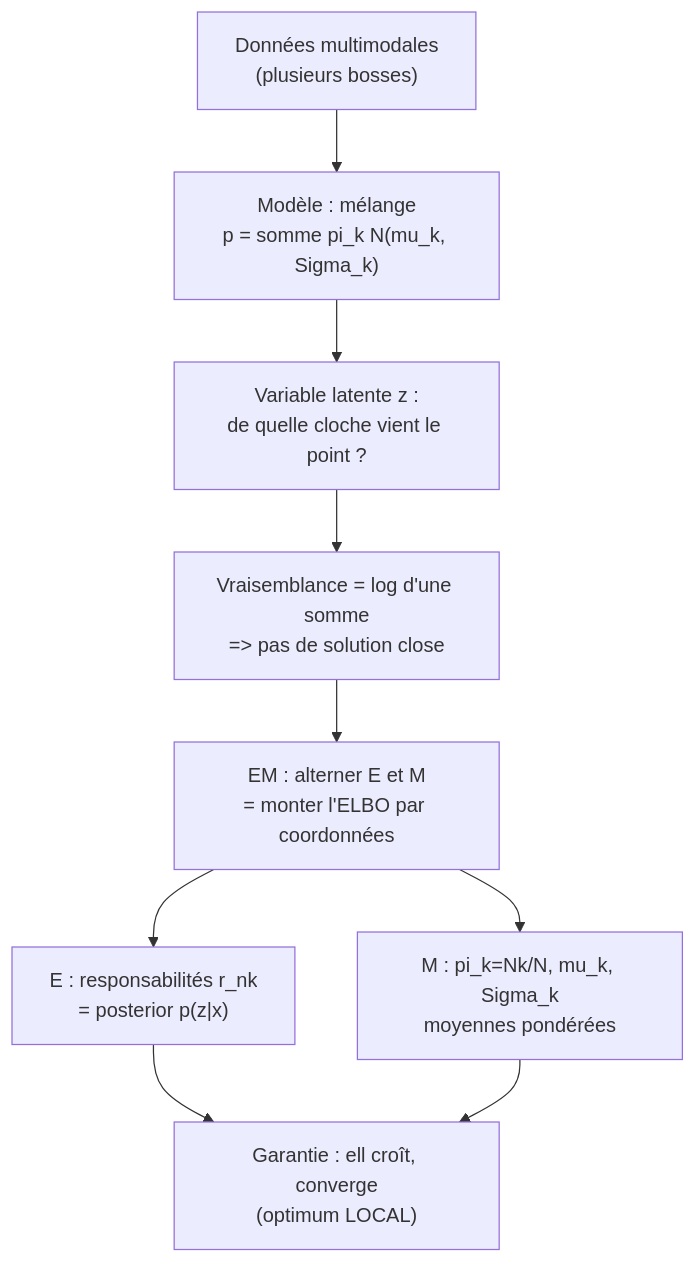
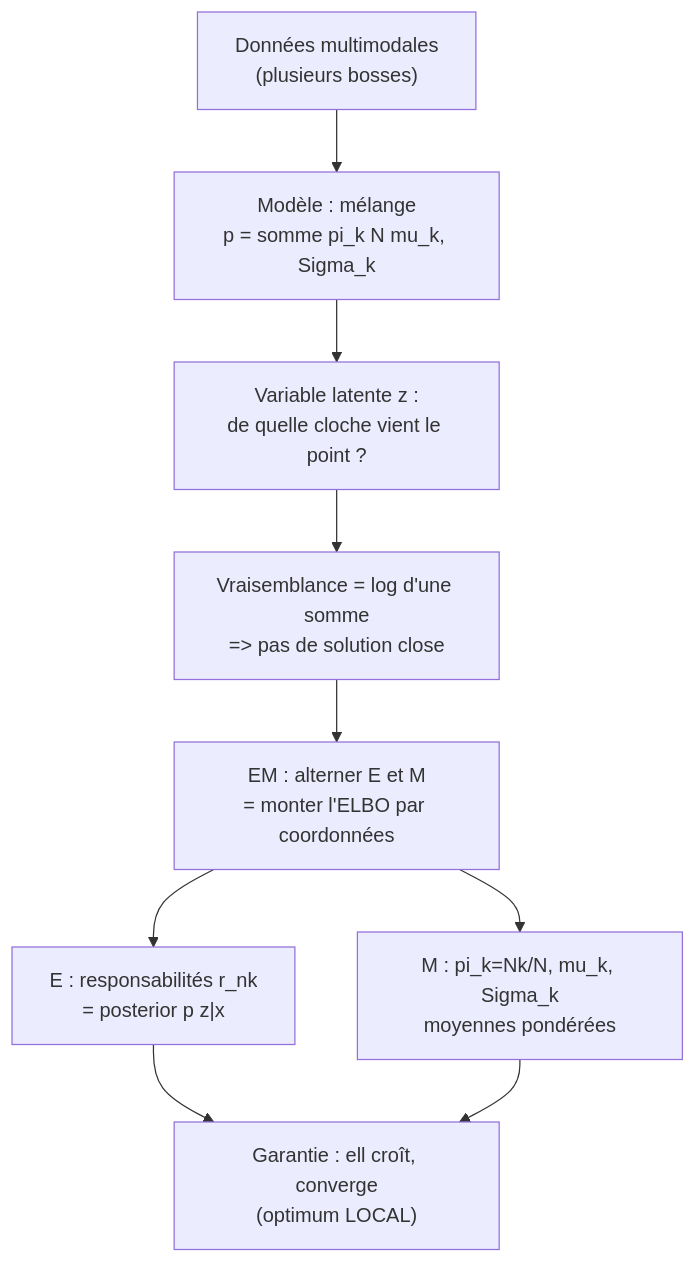
One commit to tanguychenier/Mathematiques-pour-le-Machine-Learning changed the fifth of 5 diagrams in chapitres/11-melanges-gaussiens.md. Above: the diagram before and after it, drawn with Mermaid. The commit also changed other lines of this file and 6 other files, not shown here.

Commit message:
fix: repair Mermaid diagrams (drop function-call parens and asterisks from labels)

````diff
--- a/chapitres/11-melanges-gaussiens.md
+++ b/chapitres/11-melanges-gaussiens.md
@@ -617,11 +617,11 @@
 ```mermaid
 flowchart TD
-    A["Données multimodales<br/>(plusieurs bosses)"] --> B["Modèle : mélange<br/>p = somme pi_k N(mu_k, Sigma_k)"]
+    A["Données multimodales<br/>(plusieurs bosses)"] --> B["Modèle : mélange<br/>p = somme pi_k N mu_k, Sigma_k"]
     B --> C["Variable latente z :<br/>de quelle cloche vient le point ?"]
     C --> D["Vraisemblance = log d'une somme<br/>=> pas de solution close"]
     D --> E["EM : alterner E et M<br/>= monter l'ELBO par coordonnées"]
-    E --> F["E : responsabilités r_nk<br/>= posterior p(z|x)"]
+    E --> F["E : responsabilités r_nk<br/>= posterior p z|x"]
     E --> G["M : pi_k=Nk/N, mu_k, Sigma_k<br/>moyennes pondérées"]
     F --> H["Garantie : ell croît, converge<br/>(optimum LOCAL)"]
     G --> H
 ```
````
